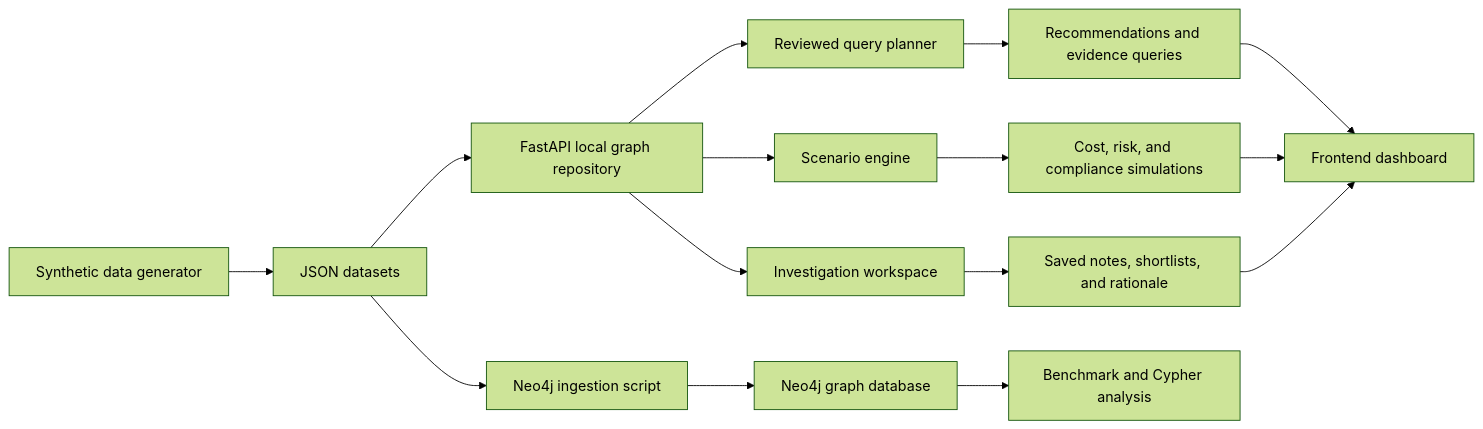
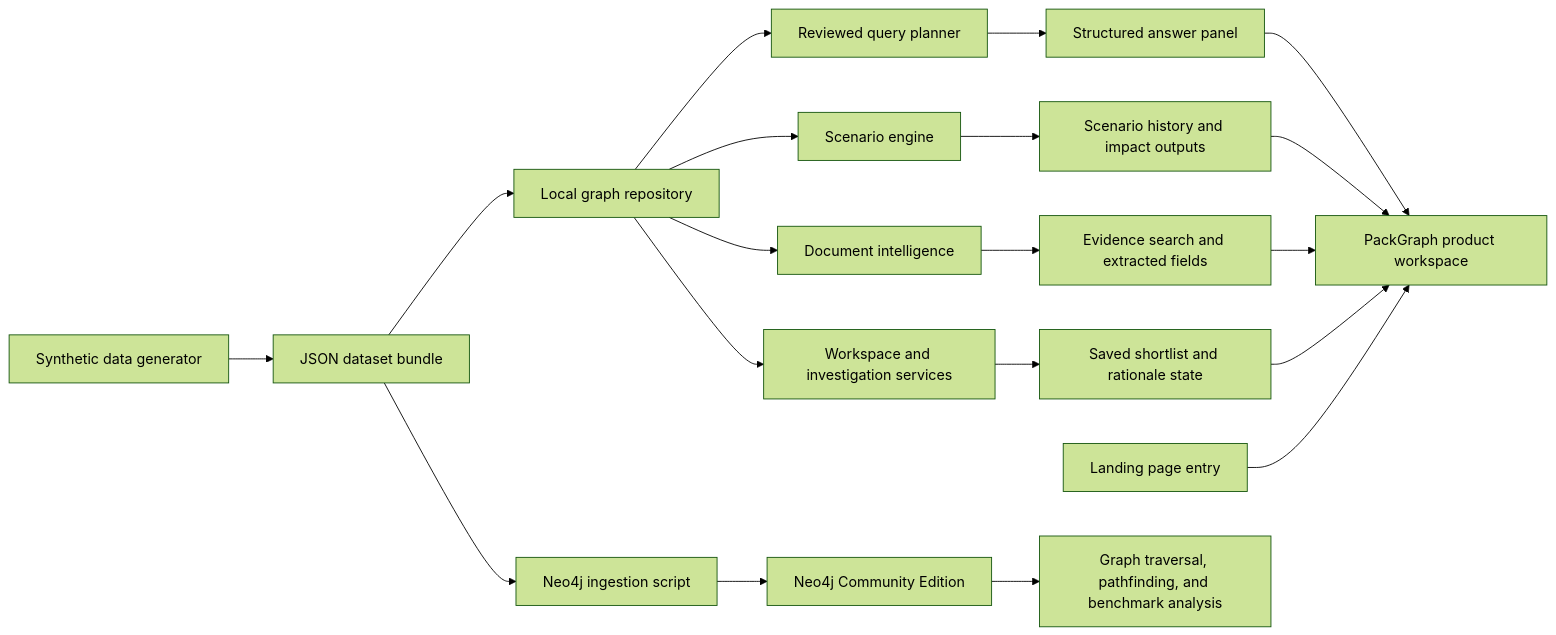
The diagram in README.md (Whauv/PackGraph-Lab), drawn with Mermaid (forest theme) before and after one commit. The commit also changed other lines of this file, not shown here.

Commit message:
docs: refresh README workflow and run guidance

````diff
--- a/README.md
+++ b/README.md
@@ -152,17 +163,21 @@
 ```mermaid
 flowchart LR
-    A["Synthetic data generator"] --> B["JSON datasets"]
-    B --> C["FastAPI local graph repository"]
+    A["Synthetic data generator"] --> B["JSON dataset bundle"]
+    B --> C["Local graph repository"]
     B --> D["Neo4j ingestion script"]
-    D --> E["Neo4j graph database"]
+    D --> E["Neo4j Community Edition"]
     C --> F["Reviewed query planner"]
     C --> G["Scenario engine"]
-    C --> H["Investigation workspace"]
-    F --> I["Recommendations and evidence queries"]
-    G --> J["Cost, risk, and compliance simulations"]
-    H --> K["Saved notes, shortlists, and rationale"]
-    I --> L["Frontend dashboard"]
-    J --> L
-    K --> L
-    E --> M["Benchmark and Cypher analysis"]
+    C --> H["Document intelligence"]
+    C --> I["Workspace and investigation services"]
+    F --> J["Structured answer panel"]
+    G --> K["Scenario history and impact outputs"]
+    H --> L["Evidence search and extracted fields"]
+    I --> M["Saved shortlist and rationale state"]
+    J --> N["PackGraph product workspace"]
+    K --> N
+    L --> N
+    M --> N
+    O["Landing page entry"] --> N
+    E --> P["Graph traversal, pathfinding, and benchmark analysis"]
 ```
````
